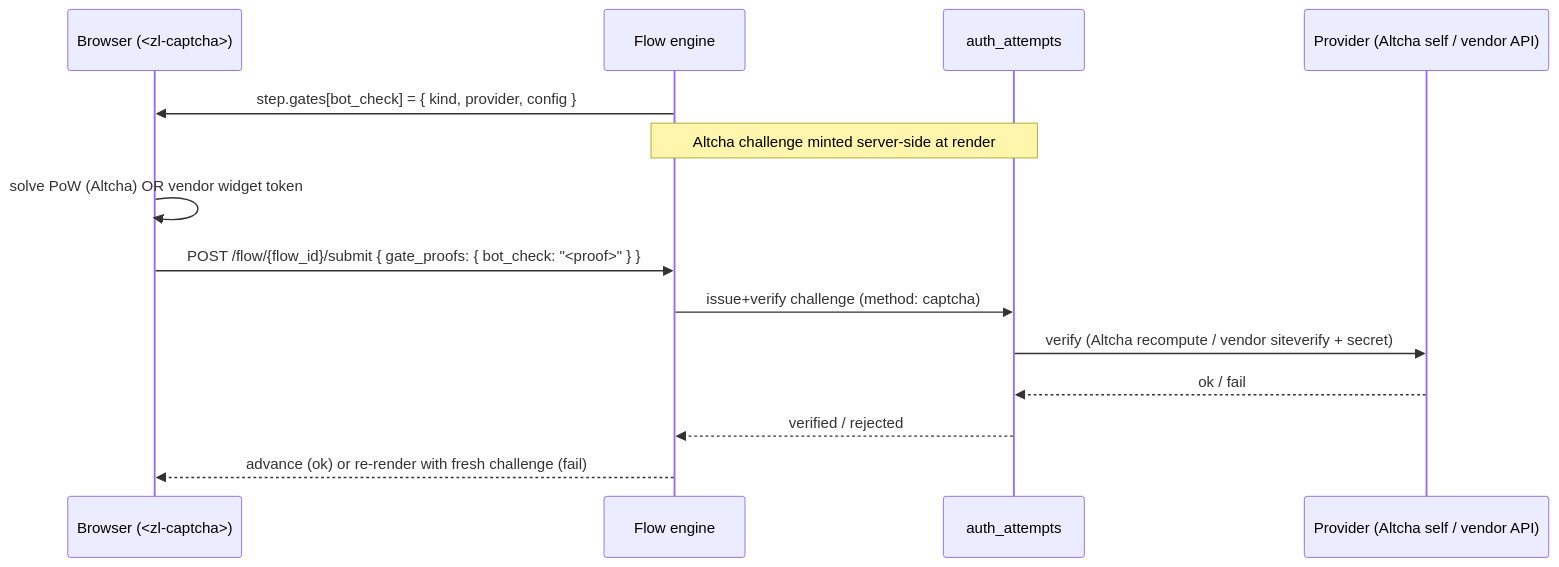
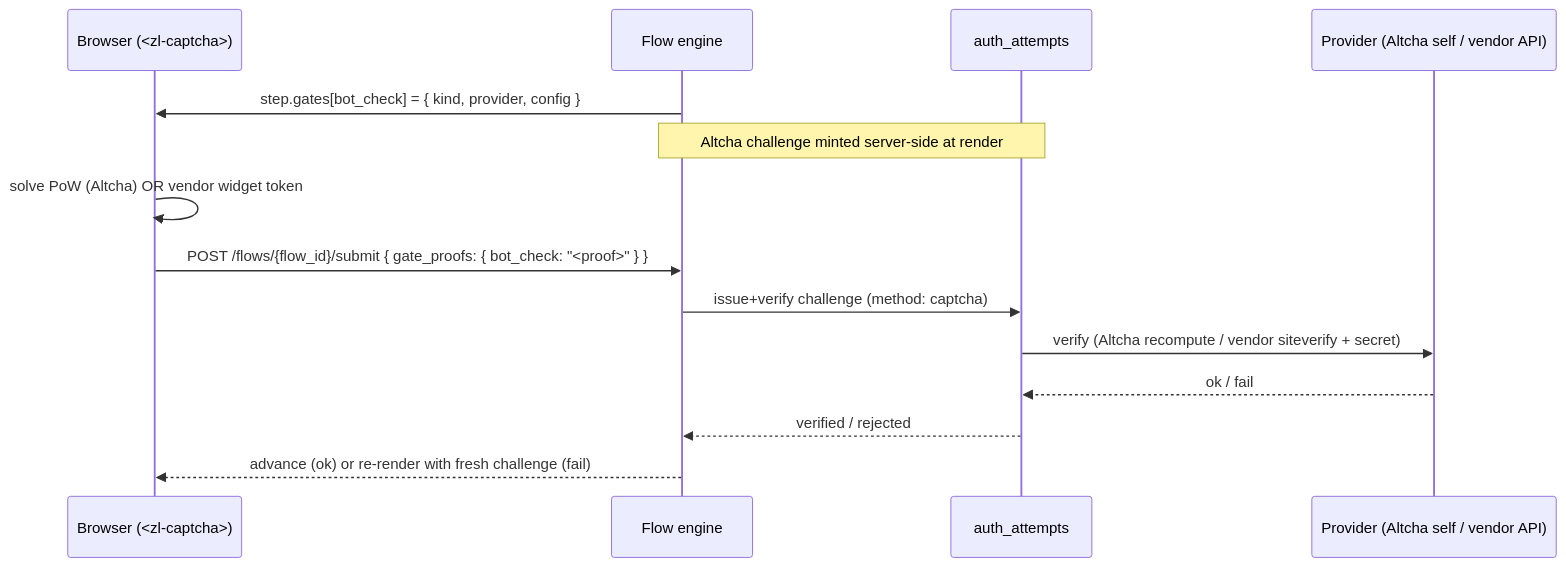
Before and after one commit to zitadel/nextgen: the first of 2 diagrams in docs/adrs/019-captcha-gate-and-bot-signals.md, drawn with Mermaid. The commit also changed other lines of this file and 24 other files, not shown here.

First line of the commit message:
docs: name the flow operations' path /flows in the ADRs and design notes

````diff
--- a/docs/adrs/019-captcha-gate-and-bot-signals.md
+++ b/docs/adrs/019-captcha-gate-and-bot-signals.md
@@ -160,16 +160,16 @@
 ```mermaid
 sequenceDiagram
     participant B as Browser (<zl-captcha>)
     participant E as Flow engine
     participant A as auth_attempts
     participant P as Provider (Altcha self / vendor API)
     E->>B: step.gates[bot_check] = { kind, provider, config }
     Note over E,A: Altcha challenge minted server-side at render
     B->>B: solve PoW (Altcha) OR vendor widget token
-    B->>E: POST /flow/{flow_id}/submit { gate_proofs: { bot_check: "<proof>" } }
+    B->>E: POST /flows/{flow_id}/submit { gate_proofs: { bot_check: "<proof>" } }
     E->>A: issue+verify challenge (method: captcha)
     A->>P: verify (Altcha recompute / vendor siteverify + secret)
     P-->>A: ok / fail
     A-->>E: verified / rejected
     E-->>B: advance (ok) or re-render with fresh challenge (fail)
 ```
````
